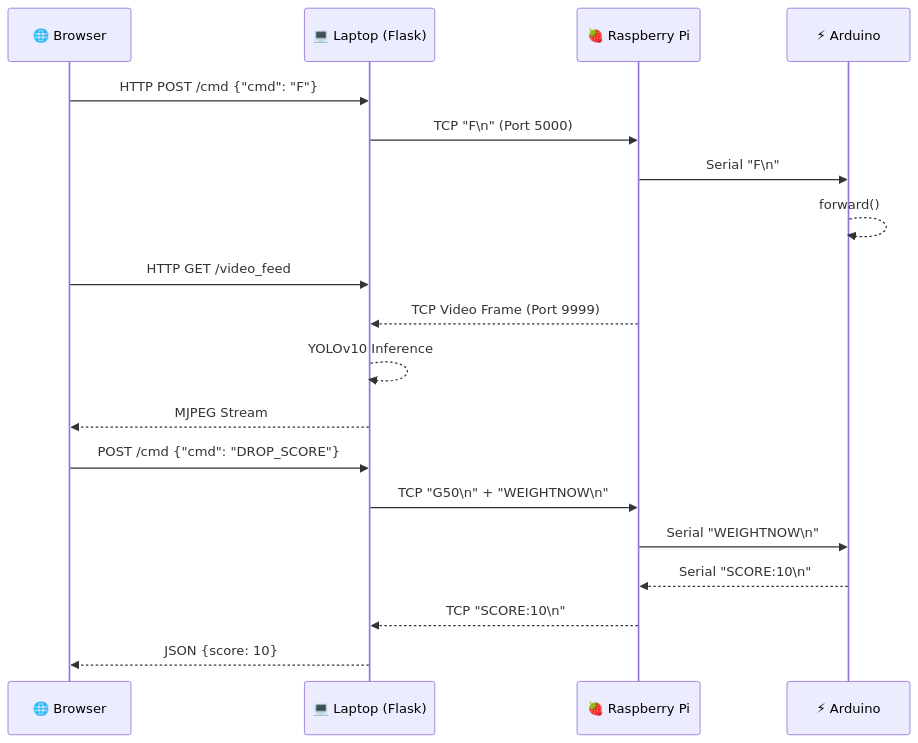
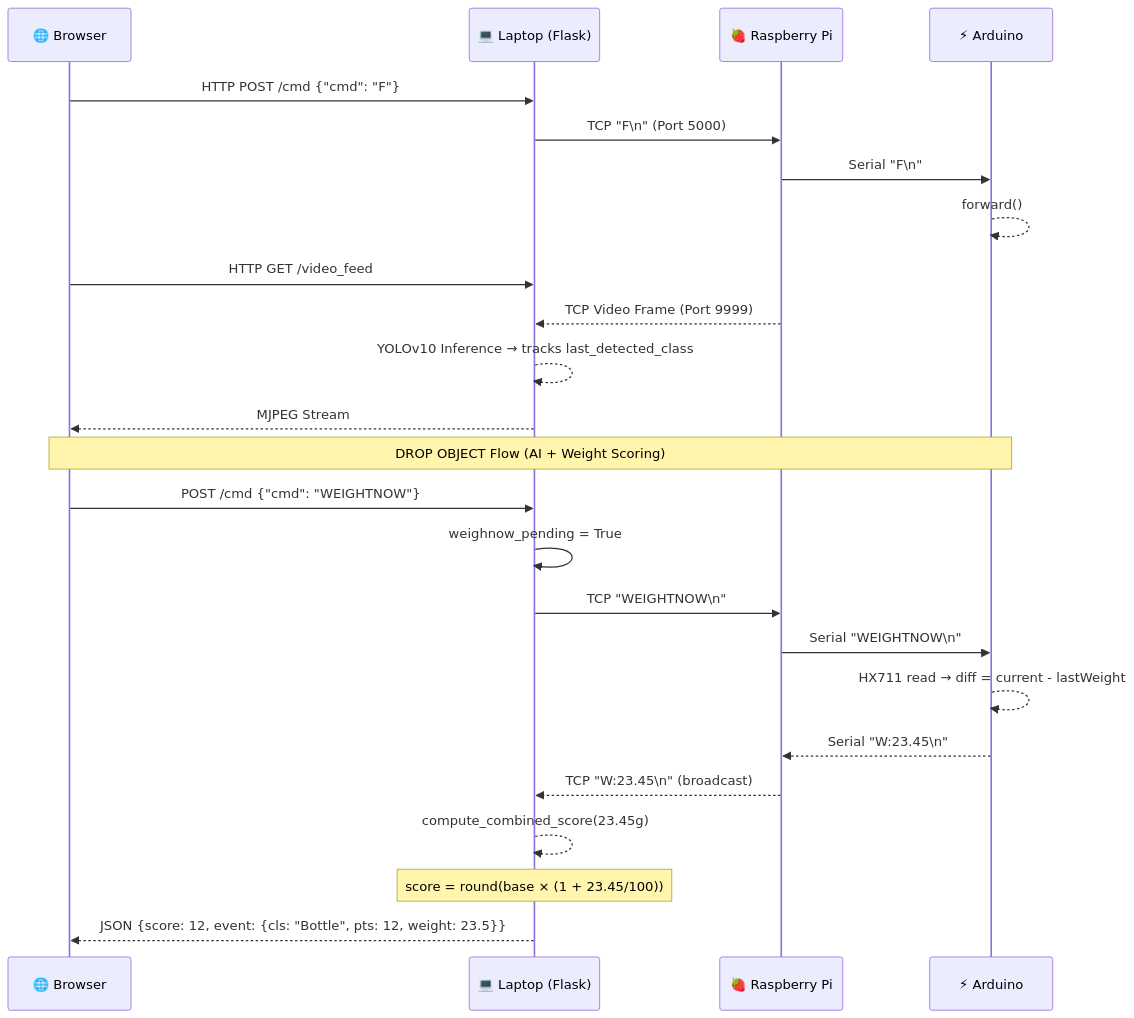
The diagram in README.md (Kavin7094/GCBOT), drawn with Mermaid before and after one commit. The commit also changed other lines of this file and 3 other files, not shown here.

````diff
--- a/README.md
+++ b/README.md
@@ -99,24 +100,29 @@
 ```mermaid
 sequenceDiagram
     participant Browser as 🌐 Browser
     participant Laptop as 💻 Laptop (Flask)
     participant Pi as 🍓 Raspberry Pi
     participant Arduino as ⚡ Arduino
 
     Browser->>Laptop: HTTP POST /cmd {"cmd": "F"}
     Laptop->>Pi: TCP "F\n" (Port 5000)
     Pi->>Arduino: Serial "F\n"
     Arduino-->>Arduino: forward()
 
     Browser->>Laptop: HTTP GET /video_feed
     Pi-->>Laptop: TCP Video Frame (Port 9999)
-    Laptop-->>Laptop: YOLOv10 Inference
+    Laptop-->>Laptop: YOLOv10 Inference → tracks last_detected_class
     Laptop-->>Browser: MJPEG Stream
 
-    Browser->>Laptop: POST /cmd {"cmd": "DROP_SCORE"}
-    Laptop->>Pi: TCP "G50\n" + "WEIGHTNOW\n"
+    Note over Browser,Arduino: DROP OBJECT Flow (AI + Weight Scoring)
+    Browser->>Laptop: POST /cmd {"cmd": "WEIGHTNOW"}
+    Laptop->>Laptop: weighnow_pending = True
+    Laptop->>Pi: TCP "WEIGHTNOW\n"
     Pi->>Arduino: Serial "WEIGHTNOW\n"
-    Arduino-->>Pi: Serial "SCORE:10\n"
-    Pi-->>Laptop: TCP "SCORE:10\n"
-    Laptop-->>Browser: JSON {score: 10}
+    Arduino-->>Arduino: HX711 read → diff = current - lastWeight
+    Arduino-->>Pi: Serial "W:23.45\n"
+    Pi-->>Laptop: TCP "W:23.45\n" (broadcast)
+    Laptop-->>Laptop: compute_combined_score(23.45g)
+    Note over Laptop: score = round(base × (1 + 23.45/100))
+    Laptop-->>Browser: JSON {score: 12, event: {cls: "Bottle", pts: 12, weight: 23.5}}
 ```
````
